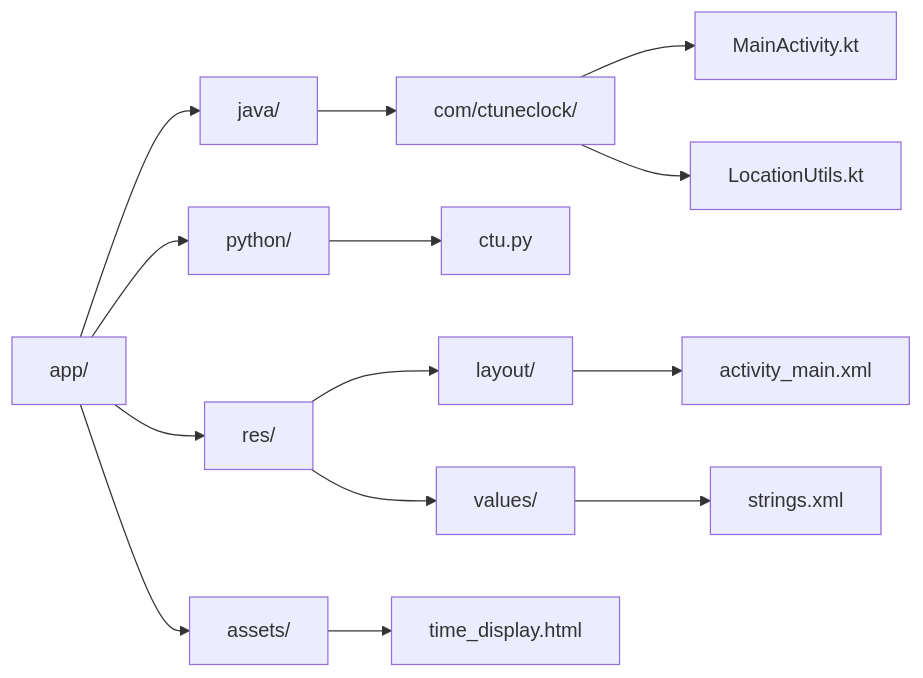
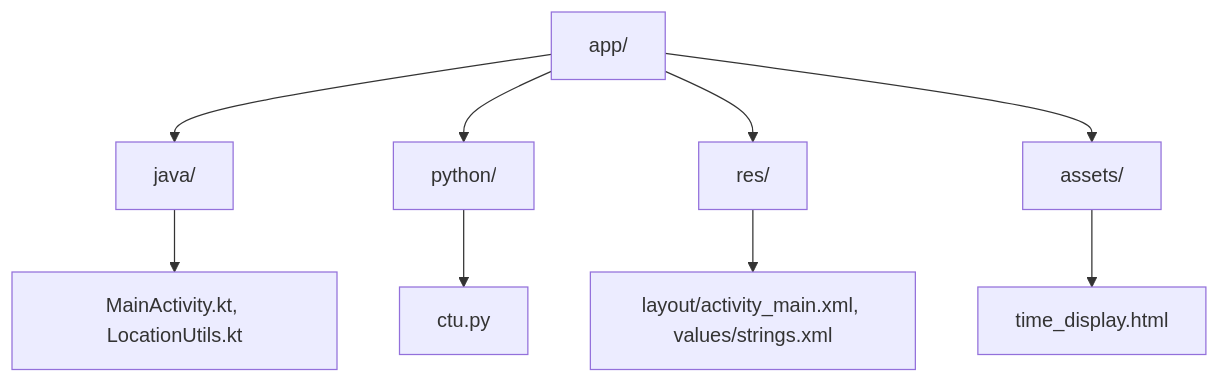
Before and after one commit to amogorkon/C-Tune-Clock: the second of 6 diagrams in docs/spec.md, drawn with Mermaid. The commit also changed other lines of this file, not shown here.

````diff
--- a/docs/spec.md
+++ b/docs/spec.md
@@ -97,26 +57,7 @@
 ```mermaid
-graph LR
-    A[app/]
-    A1[java/]
-    A2[python/]
-    A3[res/]
-    A4[assets/]
-
-    A --> A1
-    A --> A2
-    A --> A3
-    A --> A4
-
-    A1 --> B1[com/ctuneclock/]
-    B1 --> B2[MainActivity.kt]
-    B1 --> B3[LocationUtils.kt]
-
-    A2 --> C1[ctu.py]
-
-    A3 --> D1[layout/]
-    D1 --> D2[activity_main.xml]
-    A3 --> D3[values/]
-    D3 --> D4[strings.xml]
-
-    A4 --> E1[time_display.html]
+graph TD
+  A[app/] --> B1[java/] --> B2[MainActivity.kt, LocationUtils.kt]
+  A --> C[python/] --> C1[ctu.py]
+  A --> D[res/] --> D1[layout/activity_main.xml, values/strings.xml]
+  A --> E[assets/] --> E1[time_display.html]
 ```
````
